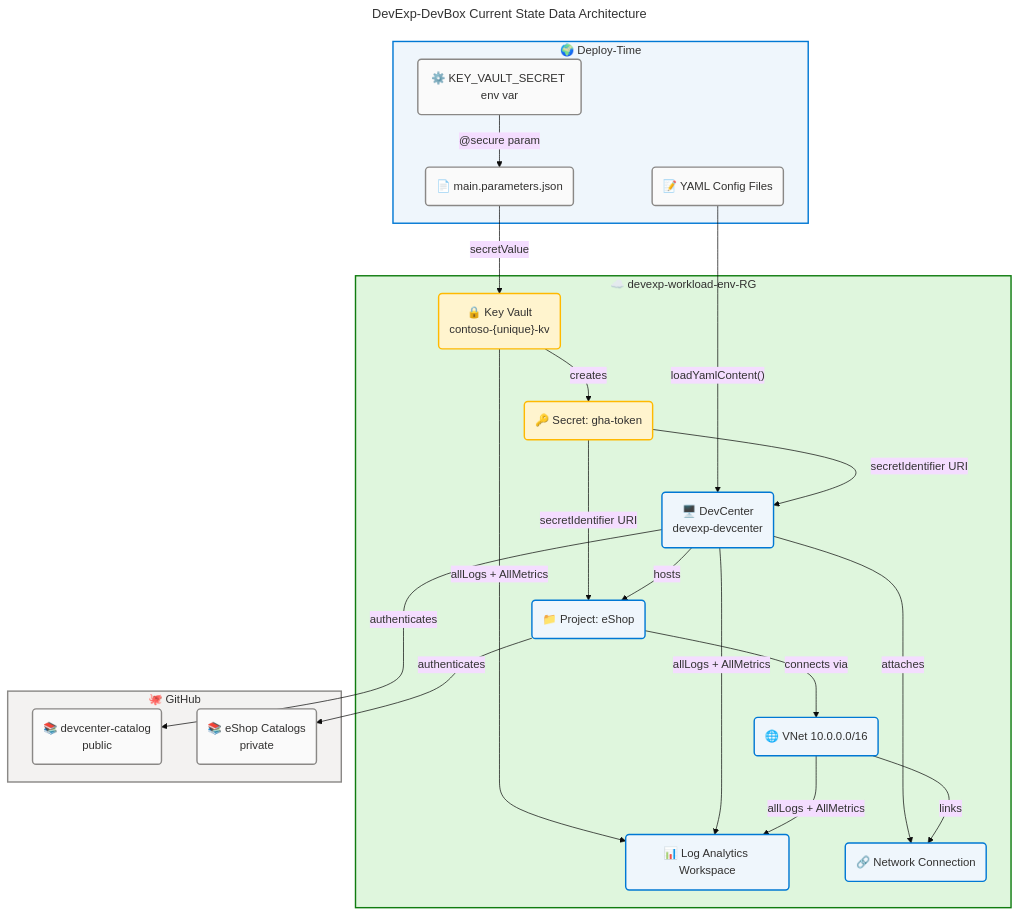
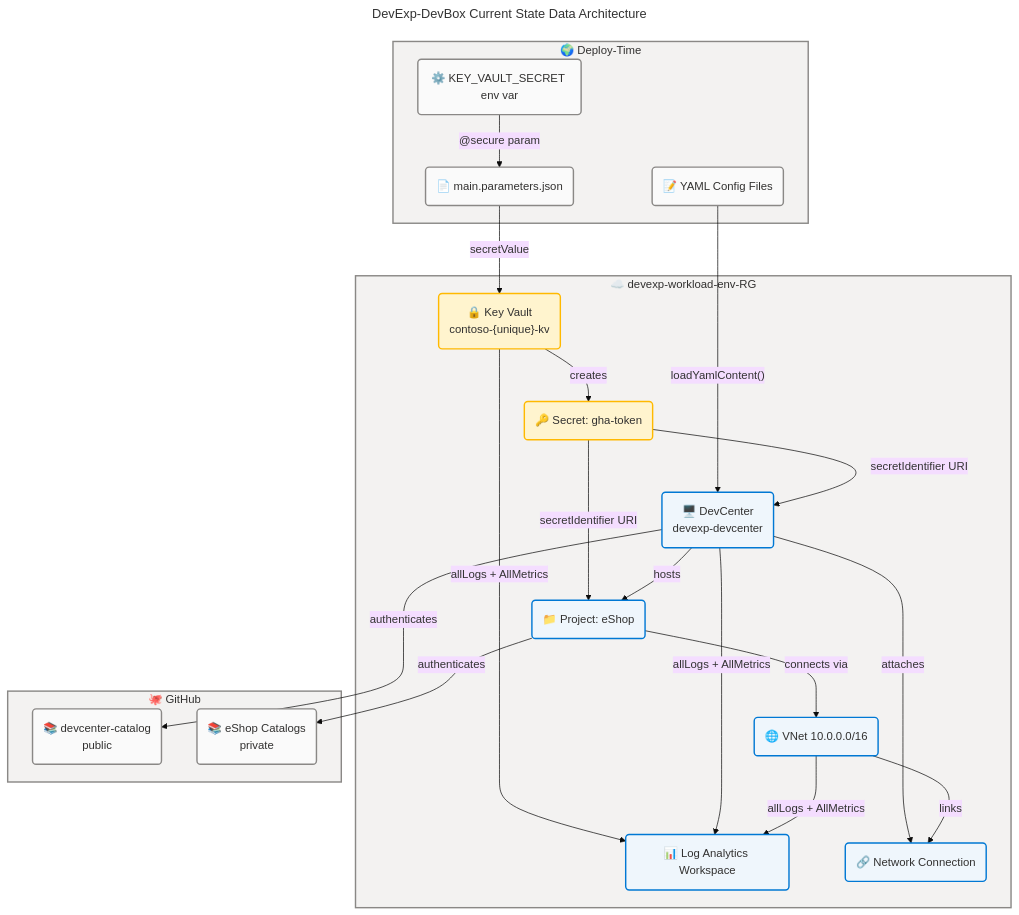
The second of 5 diagrams in docs/architecture/data-architecture.md (Evilazaro/DevExp-DevBox), drawn with Mermaid before and after one commit. The commit also changed other lines of this file and 2 other files, not shown here.

Commit message:
refactor: Update Mermaid diagram styles for improved visual consistency across architecture documents

````diff
--- a/docs/architecture/data-architecture.md
+++ b/docs/architecture/data-architecture.md
@@ -418,74 +418,73 @@
 ```mermaid
 ---
 title: DevExp-DevBox Current State Data Architecture
 config:
   theme: base
   look: classic
   layout: dagre
   themeVariables:
     fontSize: '16px'
   flowchart:
     htmlLabels: true
 ---
 flowchart TB
     accTitle: DevExp-DevBox Current State Data Architecture
     accDescr: Shows current state data stores, flows, and dependencies in the Azure DevCenter developer platform infrastructure
 
     %% ═══════════════════════════════════════════════════════════════════════════
     %% AZURE / FLUENT ARCHITECTURE PATTERN v1.1
     %% (Semantic + Structural + Font + Accessibility Governance)
     %% ═══════════════════════════════════════════════════════════════════════════
     %% PHASE 1 - FLUENT UI: All styling uses approved Fluent UI palette only
     %% PHASE 2 - GROUPS: Every subgraph has semantic color via style directive
     %% PHASE 3 - COMPONENTS: Every node has semantic classDef + icon prefix
     %% PHASE 4 - ACCESSIBILITY: accTitle/accDescr present, WCAG AA contrast
     %% PHASE 5 - STANDARD: Governance block present, classDefs centralized
     %% ═══════════════════════════════════════════════════════════════════════════
 
     subgraph deployEnv["🌍 Deploy-Time"]
         envVar("⚙️ KEY_VAULT_SECRET env var"):::neutral
         yamlCfg("📝 YAML Config Files"):::neutral
         params("📄 main.parameters.json"):::neutral
     end
 
     subgraph azureRG["☁️ devexp-workload-env-RG"]
         kv("🔒 Key Vault<br>contoso-{unique}-kv"):::warning
         secretKv("🔑 Secret: gha-token"):::warning
         law("📊 Log Analytics Workspace"):::core
         dc("🖥️ DevCenter<br>devexp-devcenter"):::core
         proj("📁 Project: eShop"):::core
         vnet("🌐 VNet 10.0.0.0/16"):::core
         nc("🔗 Network Connection"):::core
     end
 
     subgraph github["🐙 GitHub"]
         dcCatalog("📚 devcenter-catalog<br>public"):::neutral
         eshopCatalog("📚 eShop Catalogs<br>private"):::neutral
     end
 
     envVar -->|"@secure param"| params
     params -->|"secretValue"| kv
     yamlCfg -->|"loadYamlContent()"| dc
     kv -->|"creates"| secretKv
     secretKv -->|"secretIdentifier URI"| dc
     secretKv -->|"secretIdentifier URI"| proj
     dc -->|"hosts"| proj
     dc -->|"attaches"| nc
     proj -->|"connects via"| vnet
     vnet -->|"links"| nc
     dc -->|"authenticates"| dcCatalog
     proj -->|"authenticates"| eshopCatalog
     kv -->|"allLogs + AllMetrics"| law
     dc -->|"allLogs + AllMetrics"| law
     vnet -->|"allLogs + AllMetrics"| law
 
     %% Centralized classDef declarations
     classDef core fill:#EFF6FC,stroke:#0078D4,stroke-width:2px,color:#323130
     classDef warning fill:#FFF4CE,stroke:#FFB900,stroke-width:2px,color:#323130
     classDef neutral fill:#FAFAFA,stroke:#8A8886,stroke-width:2px,color:#323130
 
-    %% Subgraph style directives (MRM-C001: functional siblings use distinct semantic colors)
-    style deployEnv fill:#EFF6FC,stroke:#0078D4,stroke-width:2px,color:#323130
-    style azureRG fill:#DFF6DD,stroke:#107C10,stroke-width:2px,color:#323130
+    style deployEnv fill:#F3F2F1,stroke:#8A8886,stroke-width:2px,color:#323130
+    style azureRG fill:#F3F2F1,stroke:#8A8886,stroke-width:2px,color:#323130
     style github fill:#F3F2F1,stroke:#8A8886,stroke-width:2px,color:#323130
 ```
````
